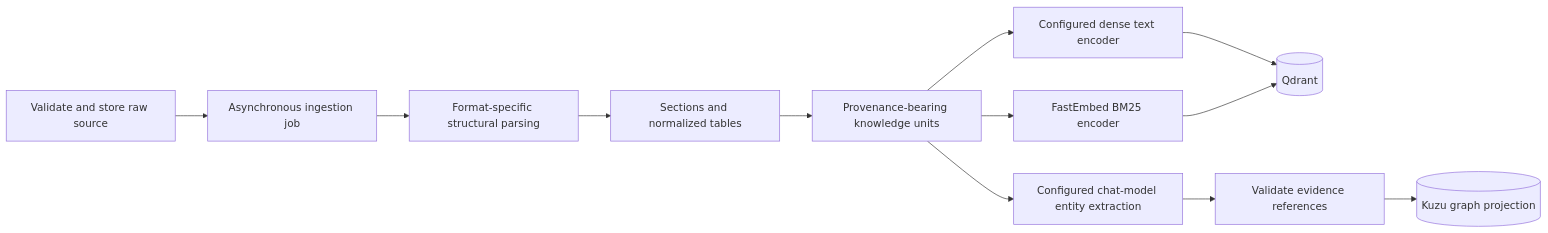
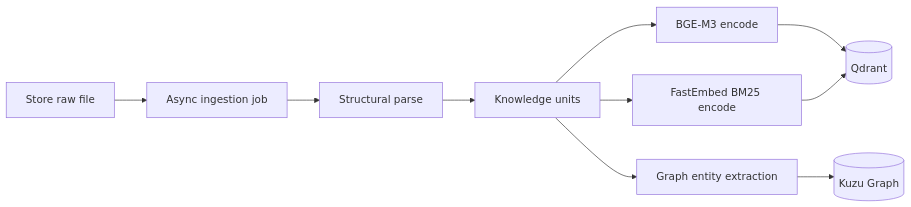
One commit to OpenVie/OpenVie changed the third of 4 diagrams in docs/RETRIEVAL.md. Above: the diagram before and after it, drawn with Mermaid. The commit also changed other lines of this file and 10 other files, not shown here.

First line of the commit message:
refactor: remove WORKSPACES_PLAN.md and update GUIDE.md for modular monolith architecture

````diff
--- a/docs/RETRIEVAL.md
+++ b/docs/RETRIEVAL.md
@@ -96,14 +114,12 @@
 ```mermaid
 flowchart LR
-    Upload[Validate and store raw source] --> Job[Asynchronous ingestion job]
-    Job --> Parse[Format-specific structural parsing]
-    Parse --> Normalize[Sections and normalized tables]
-    Normalize --> Chunk[Provenance-bearing knowledge units]
-    Chunk --> Dense[Configured dense text encoder]
-    Chunk --> Sparse[FastEmbed BM25 encoder]
-    Chunk --> Extract[Configured chat-model entity extraction]
+    Upload[Store raw file] --> Job[Async ingestion job]
+    Job --> Parse[Structural parse]
+    Parse --> Chunk[Knowledge units]
+    Chunk --> Dense[BGE-M3 encode]
+    Chunk --> Sparse[FastEmbed BM25 encode]
+    Chunk --> Extract[Graph entity extraction]
     Dense --> Qdrant[(Qdrant)]
     Sparse --> Qdrant
-    Extract --> Validate[Validate evidence references]
-    Validate --> Kuzu[(Kuzu graph projection)]
+    Extract --> Kuzu[(Kuzu Graph)]
 ```
````
